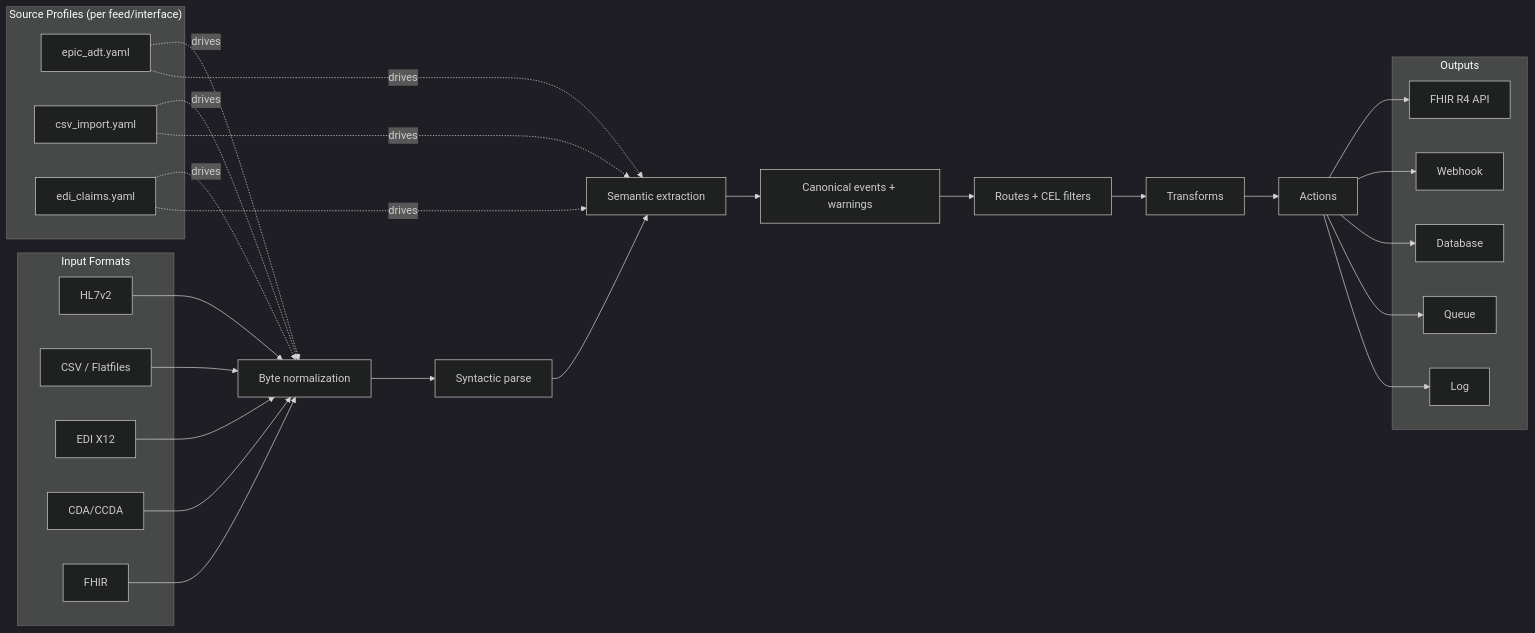
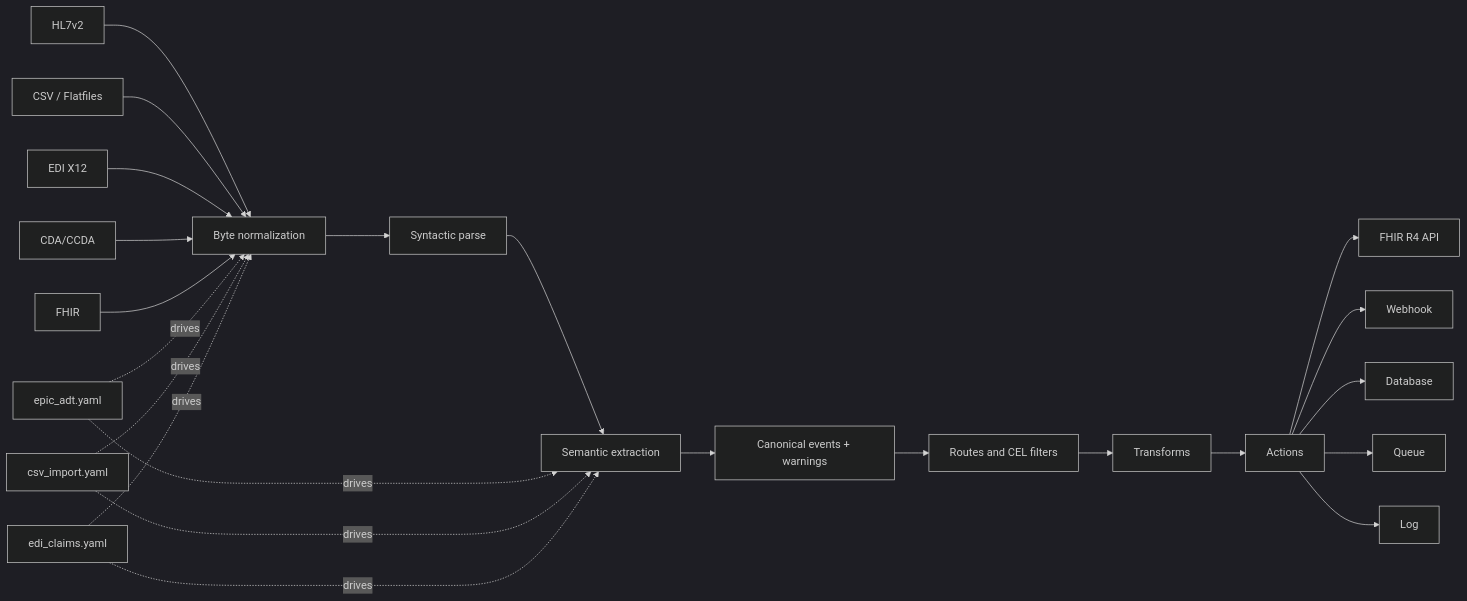
One commit to crb2nu/fi-fhir changed the first of 2 diagrams in docs/planning/README.md. Above: the diagram before and after it, drawn with Mermaid (dark theme). The commit also changed 1 other file, not shown here.

Commit message:
docs: fix mermaid syntax for GitLab
Avoid parentheses in node labels (GitLab mermaid parser rejects them) and simplify flowcharts.

````diff
--- a/docs/planning/README.md
+++ b/docs/planning/README.md
@@ -24,53 +24,25 @@
 ```mermaid
 flowchart LR
-  subgraph "Input Formats"
-    HL7[HL7v2]
-    CSV[CSV / Flatfiles]
-    X12[EDI X12]
-    CDA[CDA/CCDA]
-    FHIR[FHIR]
-  end
+  HL7[HL7v2] --> B[Byte normalization]
+  CSV[CSV / Flatfiles] --> B
+  X12[EDI X12] --> B
+  CDA[CDA/CCDA] --> B
+  FHIR[FHIR] --> B
 
-  subgraph "Source Profiles (per feed/interface)"
-    P1[epic_adt.yaml]
-    P2[csv_import.yaml]
-    P3[edi_claims.yaml]
-  end
+  P1[epic_adt.yaml] -.->|drives| B
+  P2[csv_import.yaml] -.->|drives| B
+  P3[edi_claims.yaml] -.->|drives| B
 
-  B[Byte normalization]
-  S[Syntactic parse]
-  E[Semantic extraction]
-  EV[Canonical events + warnings]
-  ROUTES[Routes + CEL filters]
-  XFORMS[Transforms]
-  ACT[Actions]
-
-  subgraph "Outputs"
-    OFHIR[FHIR R4 API]
-    WH[Webhook]
-    DB[Database]
-    Q[Queue]
-    LOG[Log]
-  end
-
-  HL7 --> B
-  CSV --> B
-  X12 --> B
-  CDA --> B
-  FHIR --> B
-
-  P1 -.->|drives| B
-  P2 -.->|drives| B
-  P3 -.->|drives| B
+  B --> S[Syntactic parse] --> E[Semantic extraction] --> EV[Canonical events + warnings]
   P1 -.->|drives| E
   P2 -.->|drives| E
   P3 -.->|drives| E
 
-  B --> S --> E --> EV --> ROUTES --> XFORMS --> ACT
+  EV --> ROUTES[Routes and CEL filters] --> XFORMS[Transforms] --> ACT[Actions]
 
-  ACT --> OFHIR
-  ACT --> WH
-  ACT --> DB
-  ACT --> Q
-  ACT --> LOG
+  ACT --> OFHIR[FHIR R4 API]
+  ACT --> WH[Webhook]
+  ACT --> DB[Database]
+  ACT --> Q[Queue]
+  ACT --> LOG[Log]
 ```
````
